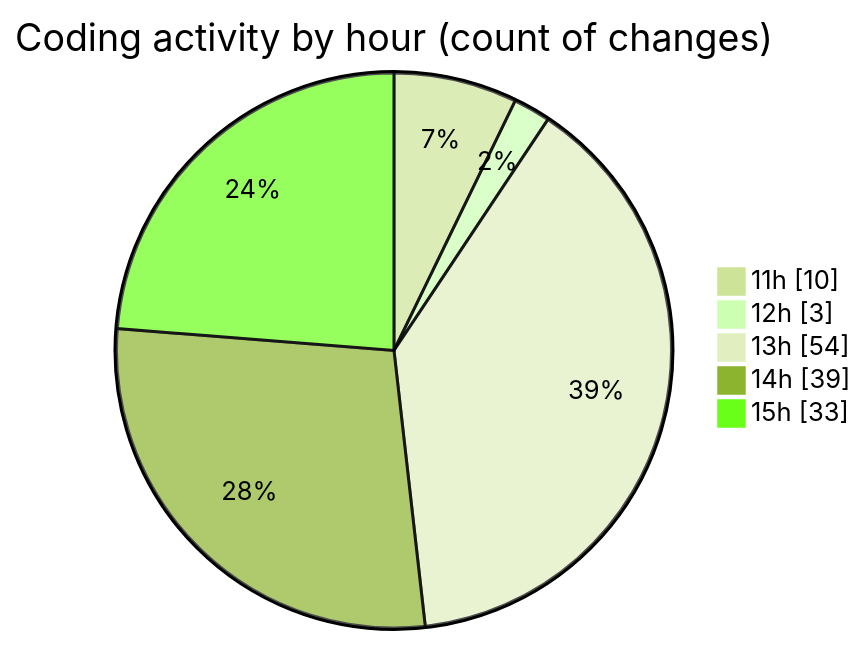
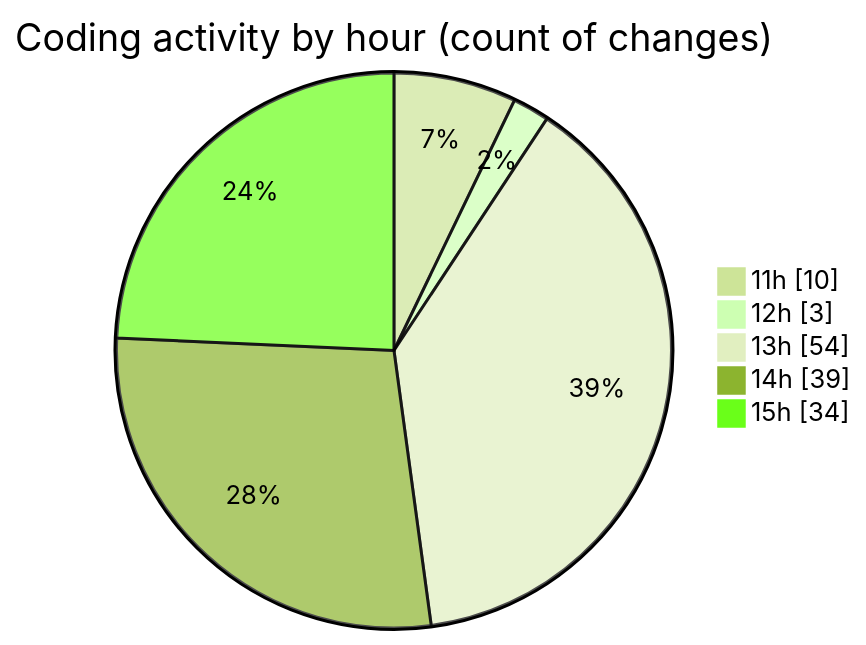
The second of 2 diagrams in 2025-02-14/cda/README.md (momahboobian/code-tracking), drawn with Mermaid (forest theme) before and after one commit. The commit also changed other lines of this file and 1 other file, not shown here.

````diff
--- a/2025-02-14/cda/README.md
+++ b/2025-02-14/cda/README.md
@@ -37,9 +37,9 @@
 ```mermaid
 pie showData
 title Coding activity by hour (count of changes)
 "11h" : 10
 "12h" : 3
 "13h" : 54
 "14h" : 39
-"15h" : 33
+"15h" : 34
 ```
````
